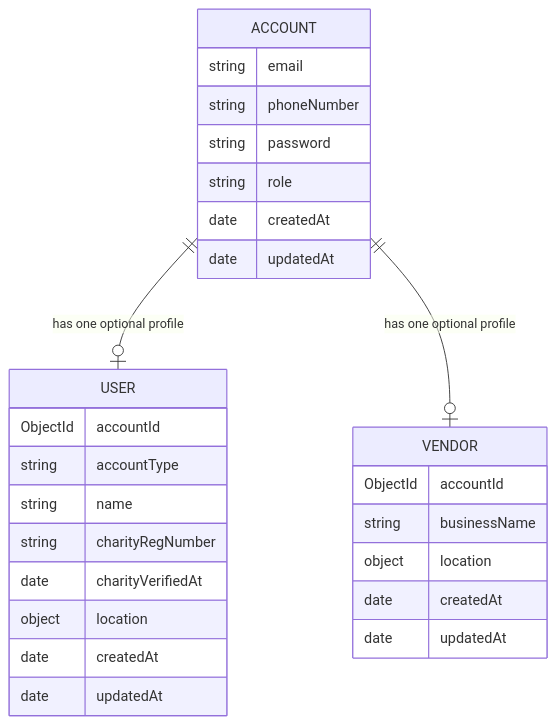
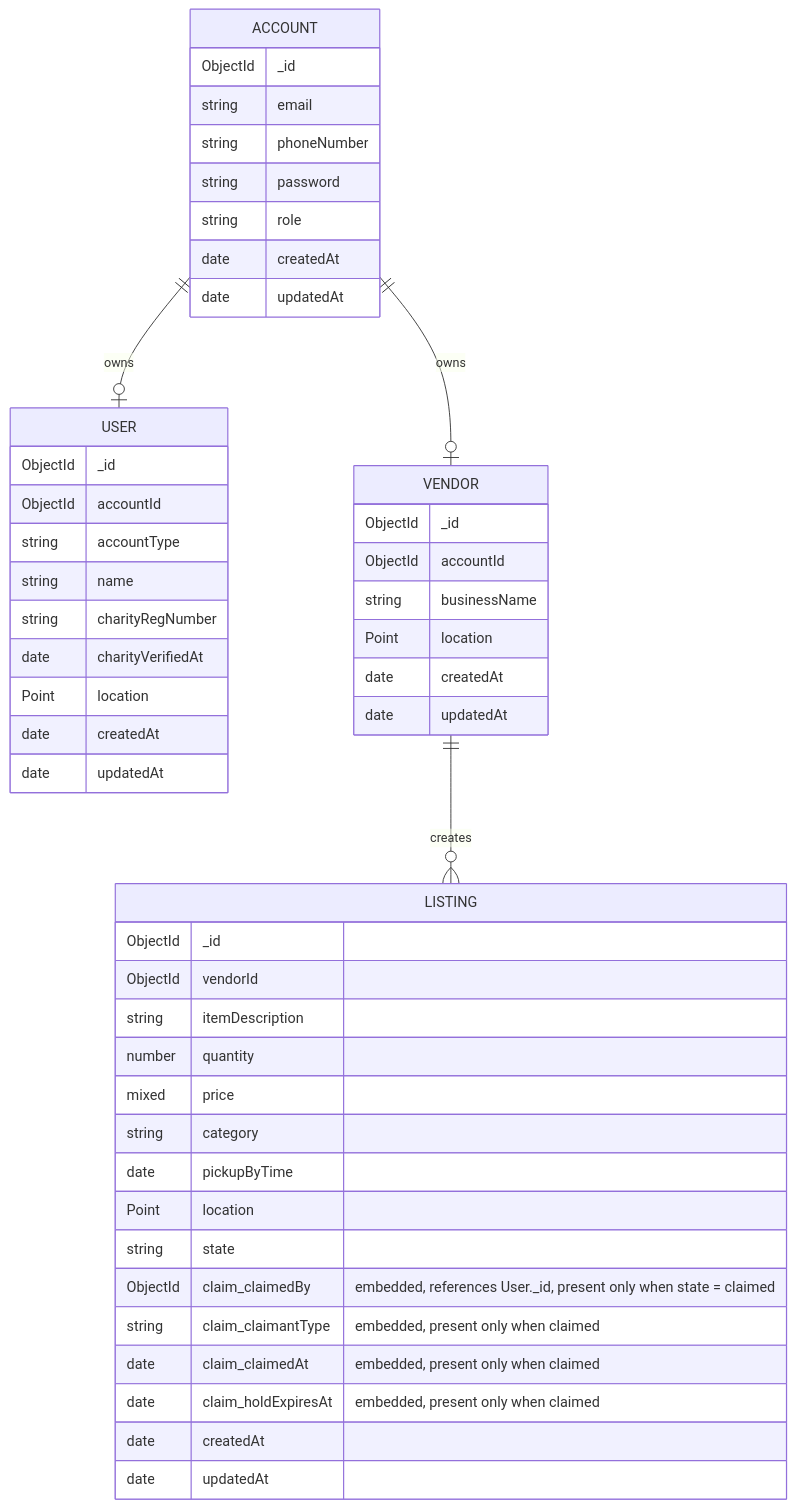
The diagram in docs/ER_DIAGRAM.md (Ladunnitegbe/Matrix-circle), drawn with Mermaid before and after one commit. The commit also changed other lines of this file and 41 other files, not shown here.

````diff
--- a/docs/ER_DIAGRAM.md
+++ b/docs/ER_DIAGRAM.md
@@ -3,33 +4,56 @@
 ```mermaid
 erDiagram
-  ACCOUNT {
-    string email
-    string phoneNumber
-    string password
-    string role
-    date createdAt
-    date updatedAt
-  }
 
-  USER {
-    ObjectId accountId
-    string accountType
-    string name
-    string charityRegNumber
-    date charityVerifiedAt
-    object location
-    date createdAt
-    date updatedAt
-  }
+ACCOUNT {
+  ObjectId _id
+  string email
+  string phoneNumber
+  string password
+  string role
+  date createdAt
+  date updatedAt
+}
 
-  VENDOR {
-    ObjectId accountId
-    string businessName
-    object location
-    date createdAt
-    date updatedAt
-  }
+USER {
+  ObjectId _id
+  ObjectId accountId
+  string accountType
+  string name
+  string charityRegNumber
+  date charityVerifiedAt
+  Point location
+  date createdAt
+  date updatedAt
+}
 
-  ACCOUNT ||--o| USER : "has one optional profile"
-  ACCOUNT ||--o| VENDOR : "has one optional profile"
+VENDOR {
+  ObjectId _id
+  ObjectId accountId
+  string businessName
+  Point location
+  date createdAt
+  date updatedAt
+}
+
+LISTING {
+  ObjectId _id
+  ObjectId vendorId
+  string itemDescription
+  number quantity
+  mixed price
+  string category
+  date pickupByTime
+  Point location
+  string state
+  ObjectId claim_claimedBy "embedded, references User._id, present only when state = claimed"
+  string claim_claimantType "embedded, present only when claimed"
+  date claim_claimedAt "embedded, present only when claimed"
+  date claim_holdExpiresAt "embedded, present only when claimed"
+  date createdAt
+  date updatedAt
+}
+
+ACCOUNT ||--o| USER : owns
+ACCOUNT ||--o| VENDOR : owns
+VENDOR ||--o{ LISTING : creates
 ```
````
